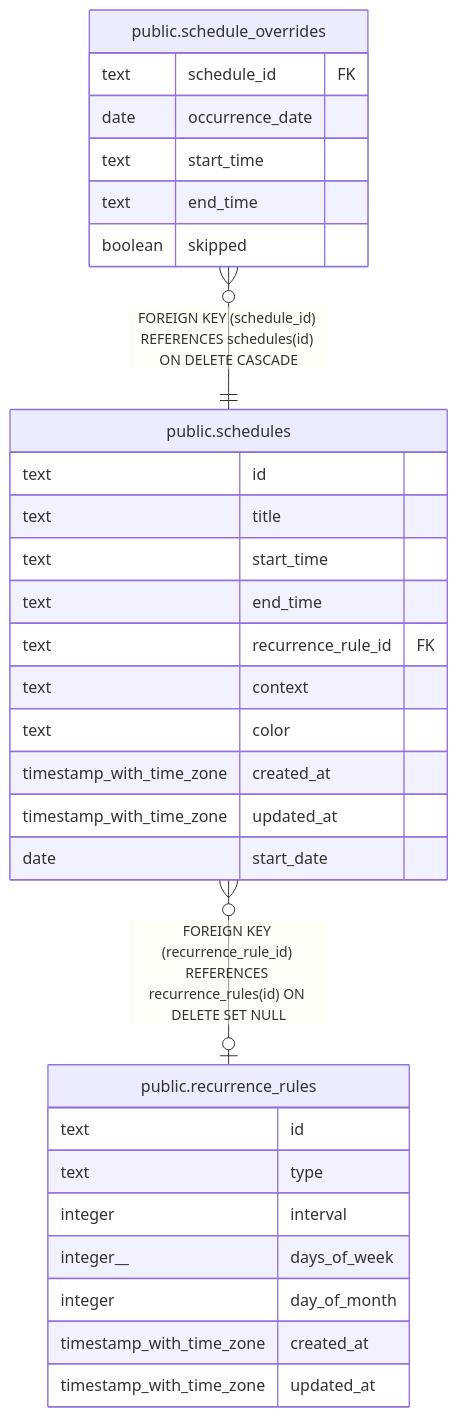
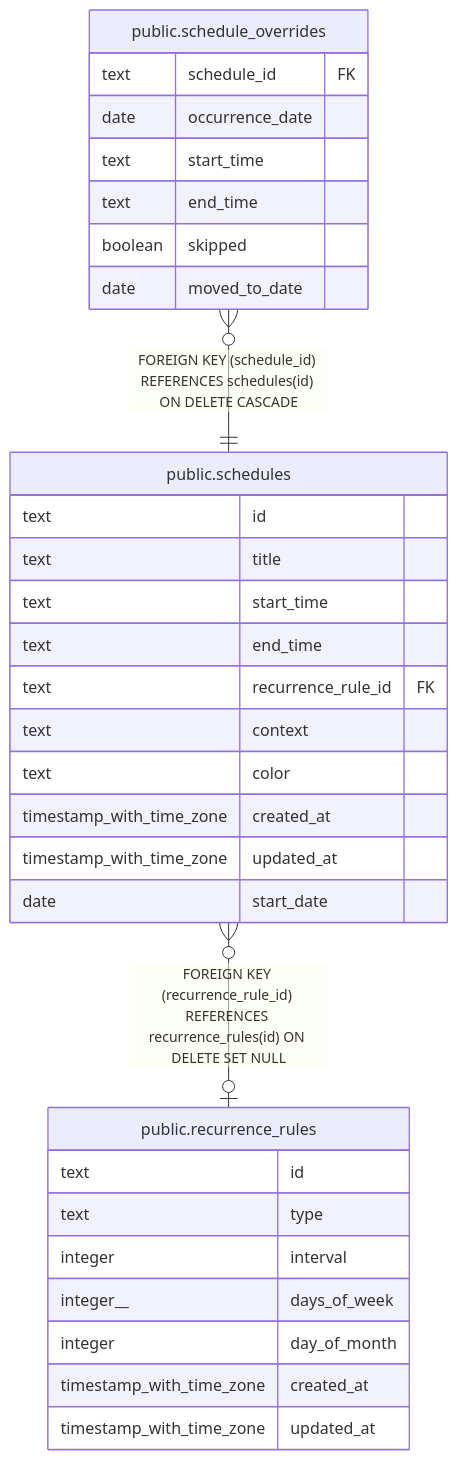
One commit to fohte/tq changed the diagram in api/docs/db/public.schedules.md. Above: the diagram before and after it, drawn with Mermaid. The commit also changed 27 other files, not shown here.

````diff
--- a/api/docs/db/public.schedules.md
+++ b/api/docs/db/public.schedules.md
@@ -47,35 +47,36 @@
 ```mermaid
 erDiagram
 
 "public.schedule_overrides" }o--|| "public.schedules" : "FOREIGN KEY (schedule_id) REFERENCES schedules(id) ON DELETE CASCADE"
 "public.schedules" }o--o| "public.recurrence_rules" : "FOREIGN KEY (recurrence_rule_id) REFERENCES recurrence_rules(id) ON DELETE SET NULL"
 
 "public.schedules" {
   text id
   text title
   text start_time
   text end_time
   text recurrence_rule_id FK
   text context
   text color
   timestamp_with_time_zone created_at
   timestamp_with_time_zone updated_at
   date start_date
 }
 "public.schedule_overrides" {
   text schedule_id FK
   date occurrence_date
   text start_time
   text end_time
   boolean skipped
+  date moved_to_date
 }
 "public.recurrence_rules" {
   text id
   text type
   integer interval
   integer__ days_of_week
   integer day_of_month
   timestamp_with_time_zone created_at
   timestamp_with_time_zone updated_at
 }
 ```
````
